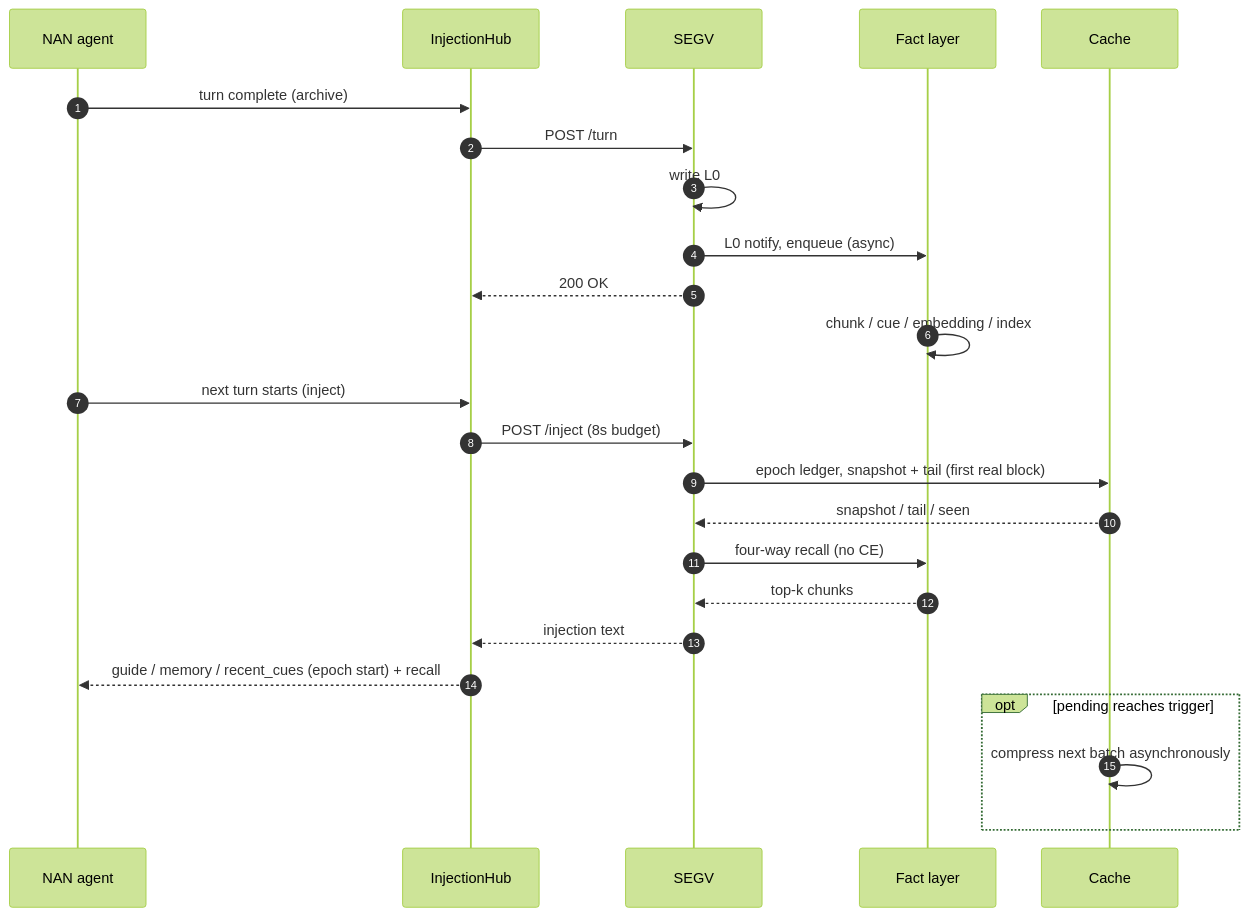
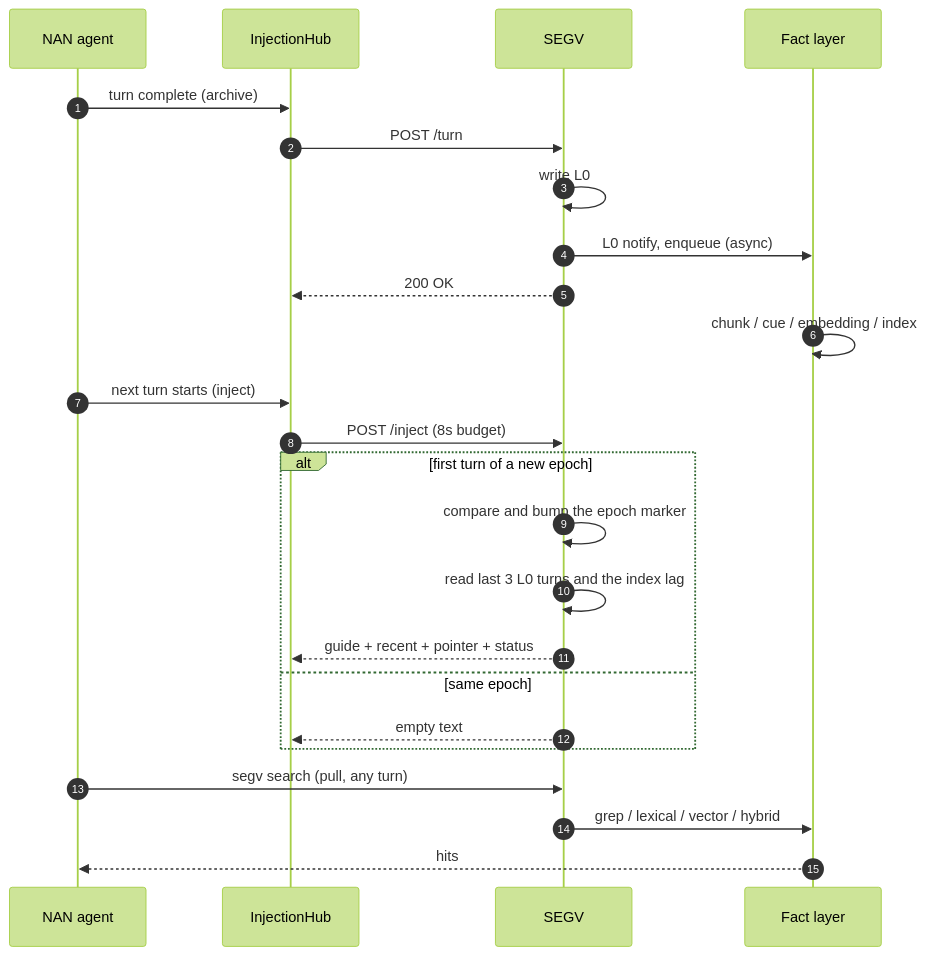
The fourth of 4 diagrams in workspace/services/segv/README.md (DarkSpaceY/NAN-itself), drawn with Mermaid (forest theme) before and after one commit. The commit also changed other lines of this file and 19 other files, not shown here.

````diff
--- a/workspace/services/segv/README.md
+++ b/workspace/services/segv/README.md
@@ -158,28 +157,29 @@
 ```mermaid
 sequenceDiagram
     autonumber
     participant A as NAN agent
     participant H as InjectionHub
     participant S as SEGV
     participant F as Fact layer
-    participant C as Cache
 
     A->>H: turn complete (archive)
     H->>S: POST /turn
     S->>S: write L0
     S->>F: L0 notify, enqueue (async)
     S-->>H: 200 OK
     F->>F: chunk / cue / embedding / index
 
     A->>H: next turn starts (inject)
     H->>S: POST /inject (8s budget)
-    S->>C: epoch ledger, snapshot + tail (first real block)
-    C-->>S: snapshot / tail / seen
-    S->>F: four-way recall (no CE)
-    F-->>S: top-k chunks
-    S-->>H: injection text
-    H-->>A: guide / memory / recent_cues (epoch start) + recall
-    opt pending reaches trigger
-        C->>C: compress next batch asynchronously
+    alt first turn of a new epoch
+        S->>S: compare and bump the epoch marker
+        S->>S: read last 3 L0 turns and the index lag
+        S-->>H: guide + recent + pointer + status
+    else same epoch
+        S-->>H: empty text
     end
+
+    A->>S: segv search (pull, any turn)
+    S->>F: grep / lexical / vector / hybrid
+    F-->>A: hits
 ```
````
